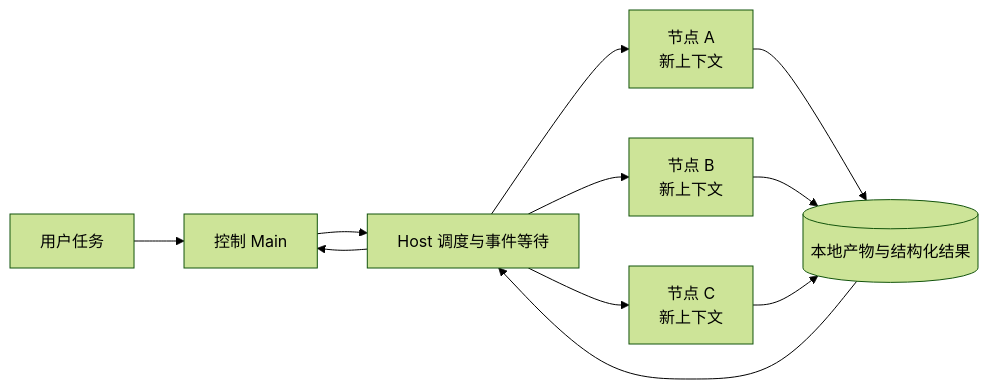
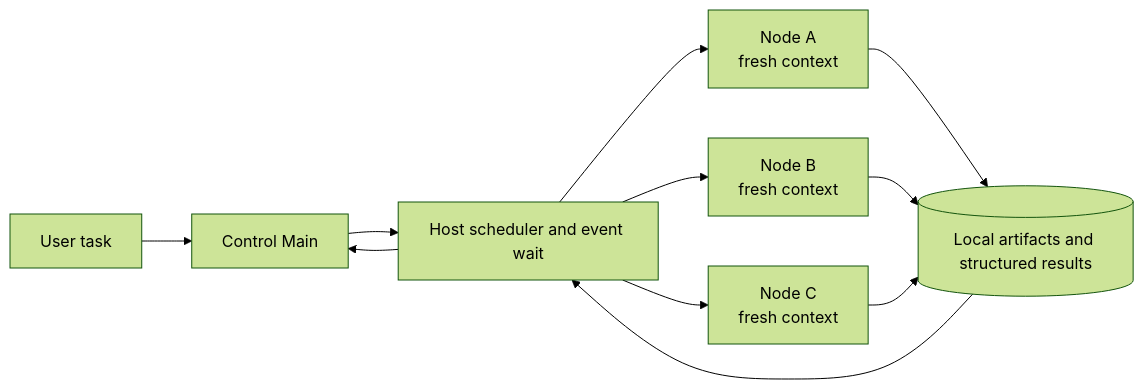
The diagram in README.md (TohmaN233/codex-agents-workflow), drawn with Mermaid (forest theme) before and after one commit. The commit also changed other lines of this file and 4 other files, not shown here.

````diff
--- a/README.md
+++ b/README.md
@@ -71,13 +68,13 @@
 ```mermaid
 flowchart LR
-    U[用户任务] --> M[控制 Main]
-    M --> H[Host 调度与事件等待]
-    H --> A[节点 A<br/>新上下文]
-    H --> B[节点 B<br/>新上下文]
-    H --> C[节点 C<br/>新上下文]
-    A --> F[(本地产物与结构化结果)]
+    U[User task] --> M[Control Main]
+    M --> H[Host scheduler and event wait]
+    H --> A[Node A<br/>fresh context]
+    H --> B[Node B<br/>fresh context]
+    H --> C[Node C<br/>fresh context]
+    A --> F[(Local artifacts and structured results)]
     B --> F
     C --> F
     F --> H
     H --> M
 ```
````
